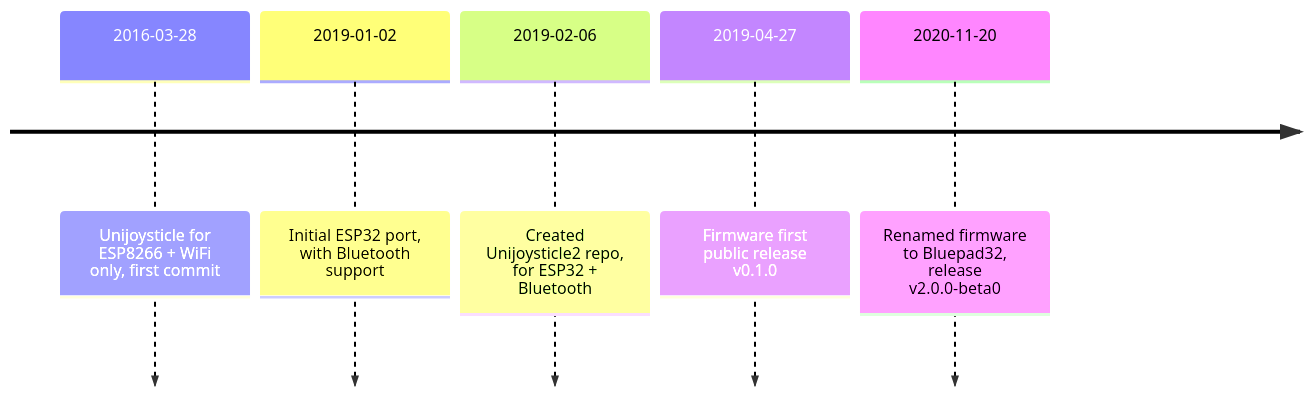
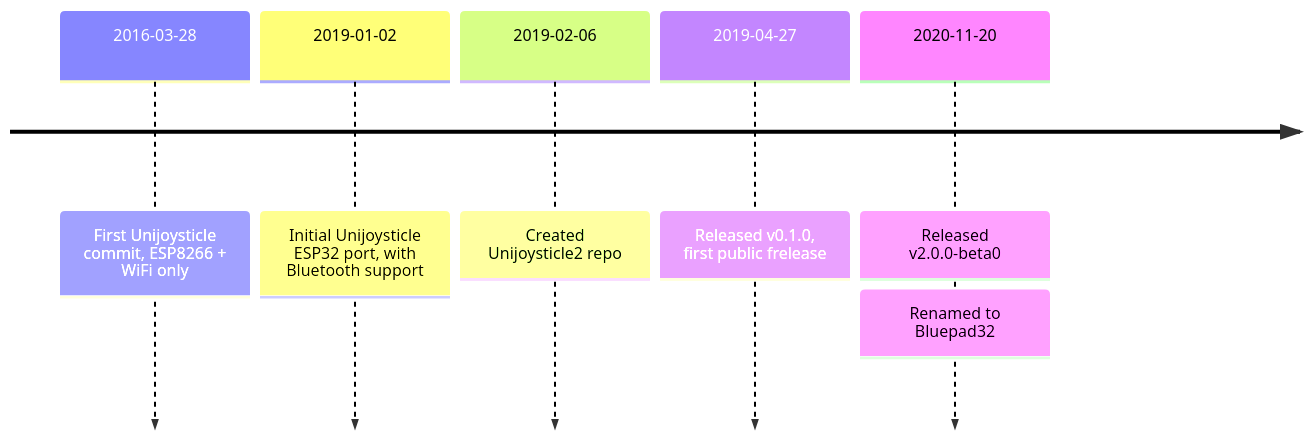
Before and after one commit to ricardoquesada/bluepad32: the diagram in docs/FAQ.md, drawn with Mermaid. The commit also changed other lines of this file, not shown here.

Commit message:
fixes in FAQ

````diff
--- a/docs/FAQ.md
+++ b/docs/FAQ.md
@@ -46,9 +46,8 @@
 ```mermaid
 timeline
-        2016-03-28: Unijoysticle for ESP8266 + WiFi only, first commit
-        2019-01-02: Initial ESP32 port, with Bluetooth support
-        2019-02-06: Created Unijoysticle2 repo, for ESP32 + Bluetooth
-        2019-04-27: Firmware first public release v0.1.0
-        2020-11-20: Renamed firmware to Bluepad32, release v2.0.0-beta0
-
+        2016-03-28: First Unijoysticle commit, ESP8266 + WiFi only
+        2019-01-02: Initial Unijoysticle ESP32 port, with Bluetooth support
+        2019-02-06: Created Unijoysticle2 repo
+        2019-04-27: Released v0.1.0, first public frelease
+        2020-11-20: Released v2.0.0-beta0: Renamed to Bluepad32
 ```
````
